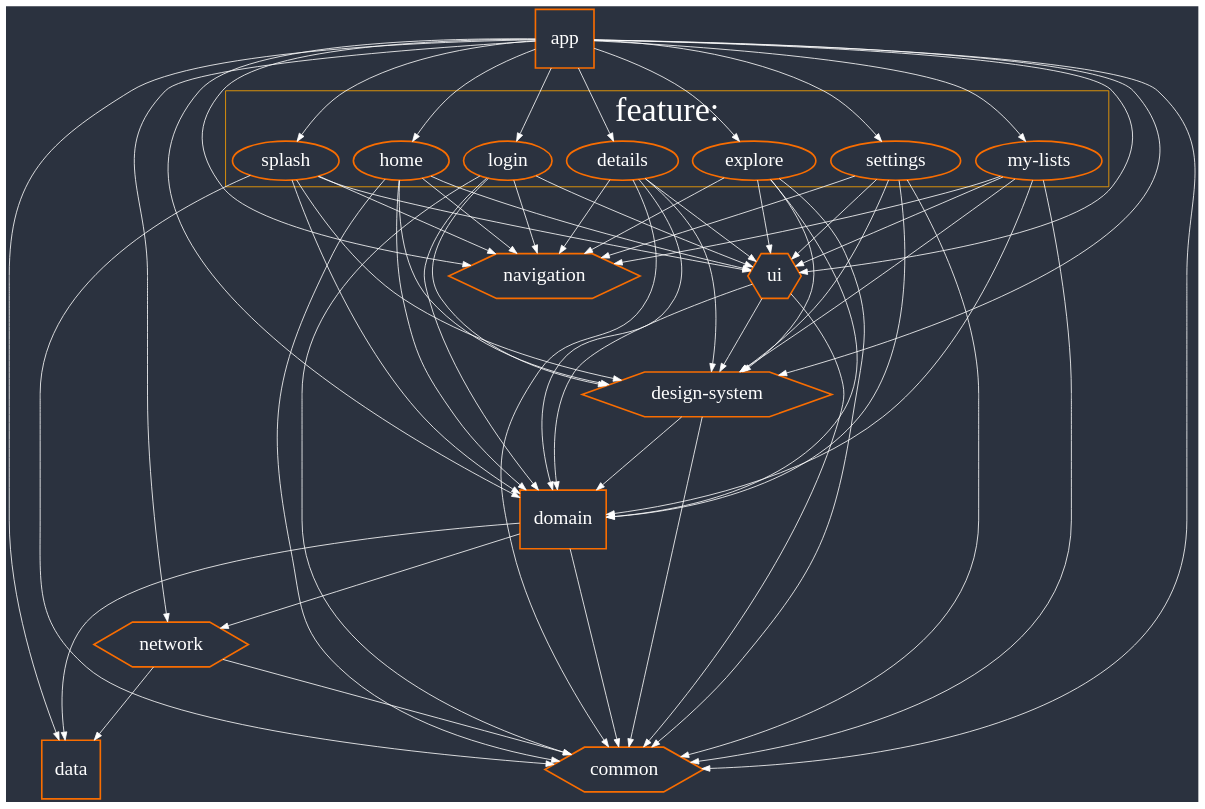
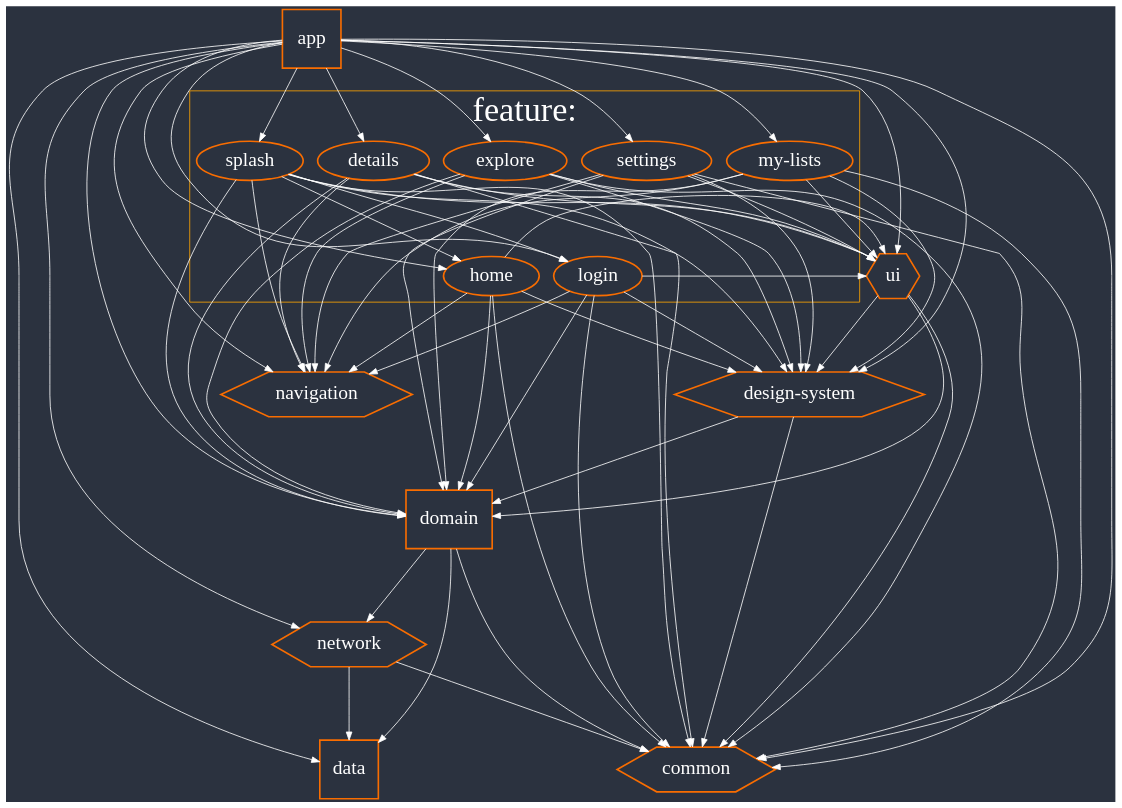
One commit to enesky/Doodle changed the diagram in tools/dependency-graph/project_digraph.dot. Above: the diagram before and after it, drawn with Graphviz. The commit also changed 2 other files, not shown here.

Commit message:
updated: dependency graph

```diff
--- a/tools/dependency-graph/project_digraph.dot
+++ b/tools/dependency-graph/project_digraph.dot
@@ -1,81 +1,83 @@
 digraph {
 
     // General settings
     graph [fontsize=42, ranksep=1.25, bgcolor="#2B323F", fontcolor=white];
     node [style=bold, color="#F96D00", fontsize=24, fontcolor=white];
     edge [color=white];
     rankdir=TB; # Top to bottom
 
     // Main module settings
     "app", "data", "domain" [shape=box, height="1", width="1"];
 
     // Helper module setters
     "common", "design-system", "ui", "network", "navigation" [shape=hexagon];
 
     subgraph cluster_feature {
         label="feature:";
         color=orange;
         "login", "home", "details", "explore", "settings", "my-lists", "splash";
     }
 
     # Dependencies
     "app" -> "common"
     "app" -> "data"
     "app" -> "design-system"
     "app" -> "domain"
     "app" -> "network"
     "app" -> "navigation"
     "app" -> "ui"
     "app" -> "login"
     "app" -> "home"
     "app" -> "details"
     "app" -> "explore"
     "app" -> "my-lists"
     "app" -> "settings"
     "app" -> "splash"
     "design-system" -> "common"
     "design-system" -> "domain"
     "domain" -> "common"
     "domain" -> "data"
     "domain" -> "network"
     "network" -> "common"
     "network" -> "data"
     "ui" -> "common"
     "ui" -> "domain"
     "ui" -> "design-system"
     "login" -> "domain"
     "login" -> "common"
     "login" -> "design-system"
     "login" -> "navigation"
     "login" -> "ui"
     "home" -> "domain"
     "home" -> "common"
     "home" -> "design-system"
     "home" -> "navigation"
     "home" -> "ui"
     "details" -> "domain"
     "details" -> "common"
     "details" -> "design-system"
     "details" -> "navigation"
     "details" -> "ui"
     "explore" -> "domain"
     "explore" -> "common"
     "explore" -> "design-system"
     "explore" -> "navigation"
     "explore" -> "ui"
     "my-lists" -> "domain"
     "my-lists" -> "common"
     "my-lists" -> "design-system"
     "my-lists" -> "navigation"
     "my-lists" -> "ui"
     "settings" -> "domain"
     "settings" -> "common"
     "settings" -> "design-system"
     "settings" -> "navigation"
     "settings" -> "ui"
     "splash" -> "domain"
     "splash" -> "common"
     "splash" -> "design-system"
     "splash" -> "navigation"
     "splash" -> "ui"
+    "splash" -> "home"
+    "splash" -> "login"
 }
```
